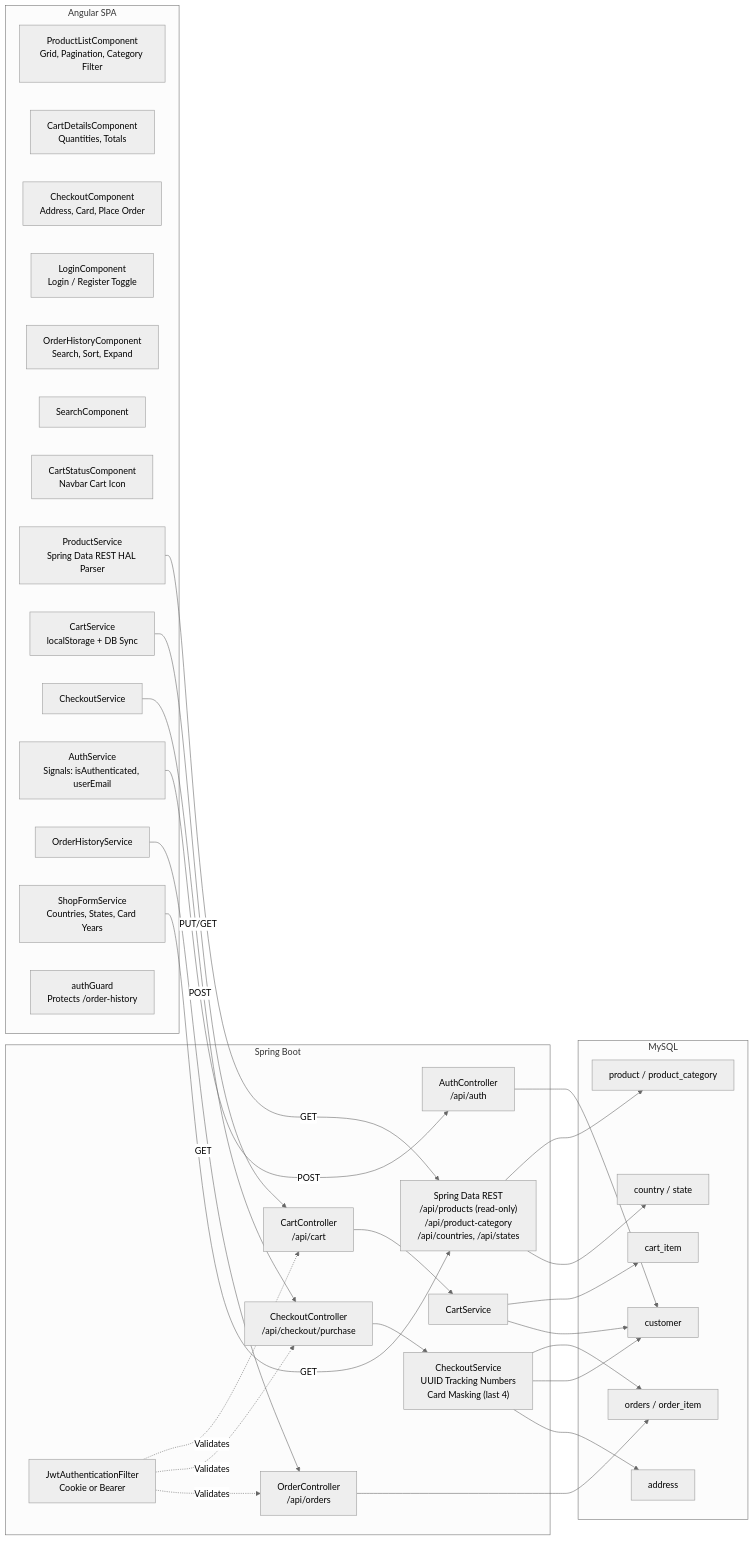
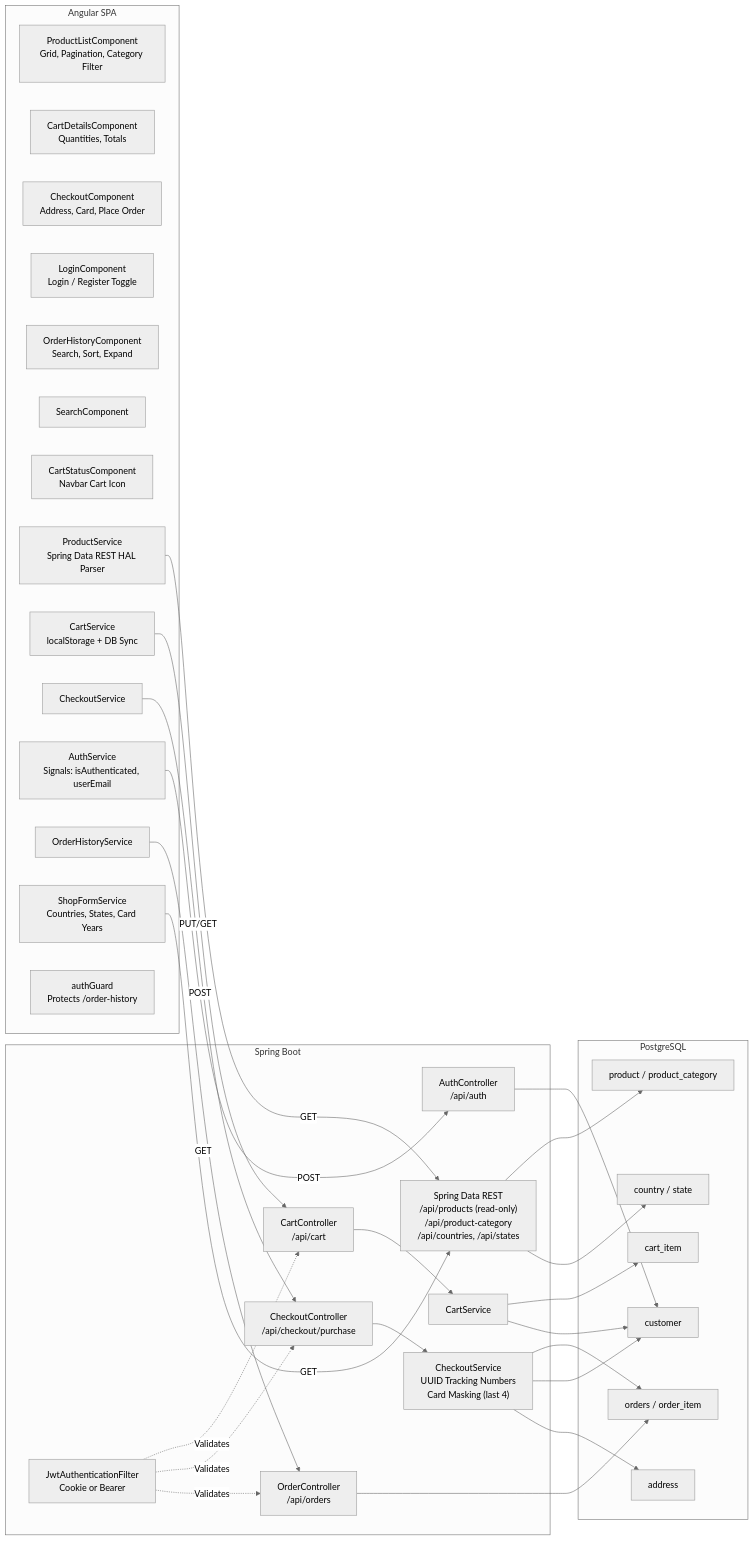
Before and after one commit to clark22134/MyPortfolioWebsite: the fifth of 13 diagrams in docs/ARCHITECTURE.md, drawn with Mermaid (neutral theme). The commit also changed other lines of this file and 96 other files, not shown here.

````diff
--- a/docs/ARCHITECTURE.md
+++ b/docs/ARCHITECTURE.md
@@ -240,55 +237,55 @@
 ```mermaid
 graph LR
     subgraph Frontend["Angular SPA"]
         ProductList["ProductListComponent<br/>Grid, Pagination, Category Filter"]
         CartDetails["CartDetailsComponent<br/>Quantities, Totals"]
         Checkout["CheckoutComponent<br/>Address, Card, Place Order"]
         Login["LoginComponent<br/>Login / Register Toggle"]
         OrderHistory["OrderHistoryComponent<br/>Search, Sort, Expand"]
         Search["SearchComponent"]
         CartStatus["CartStatusComponent<br/>Navbar Cart Icon"]
 
         ProductSvc["ProductService<br/>Spring Data REST HAL Parser"]
         CartSvc["CartService<br/>localStorage + DB Sync"]
         CheckoutSvc["CheckoutService"]
         AuthSvcFE["AuthService<br/>Signals: isAuthenticated, userEmail"]
         OrderSvc["OrderHistoryService"]
         ShopFormSvc["ShopFormService<br/>Countries, States, Card Years"]
         AuthGuardFE["authGuard<br/>Protects /order-history"]
     end
 
     subgraph Backend["Spring Boot"]
         AuthCtrl["AuthController<br/>/api/auth"]
         CartCtrl["CartController<br/>/api/cart"]
         CheckoutCtrl["CheckoutController<br/>/api/checkout/purchase"]
         OrderCtrl["OrderController<br/>/api/orders"]
         DataREST["Spring Data REST<br/>/api/products (read-only)<br/>/api/product-category<br/>/api/countries, /api/states"]
 
         CartSvcBE["CartService"]
         CheckoutSvcBE["CheckoutService<br/>UUID Tracking Numbers<br/>Card Masking (last 4)"]
         JwtFilter["JwtAuthenticationFilter<br/>Cookie or Bearer"]
     end
 
-    subgraph Database["MySQL"]
+    subgraph Database["PostgreSQL"]
         Products["product / product_category"]
         Customers["customer"]
         Addresses["address"]
         Orders["orders / order_item"]
         CartItems["cart_item"]
         Geo["country / state"]
     end
 
     ProductSvc -->|GET| DataREST
     CartSvc -->|PUT/GET| CartCtrl
     CheckoutSvc -->|POST| CheckoutCtrl
     AuthSvcFE -->|POST| AuthCtrl
     OrderSvc -->|GET| OrderCtrl
     ShopFormSvc -->|GET| DataREST
 
     JwtFilter -.->|Validates| CartCtrl & CheckoutCtrl & OrderCtrl
     DataREST --> Products & Geo
     CartCtrl --> CartSvcBE --> CartItems & Customers
     CheckoutCtrl --> CheckoutSvcBE --> Orders & Customers & Addresses
     OrderCtrl --> Orders
     AuthCtrl --> Customers
 ```
````
